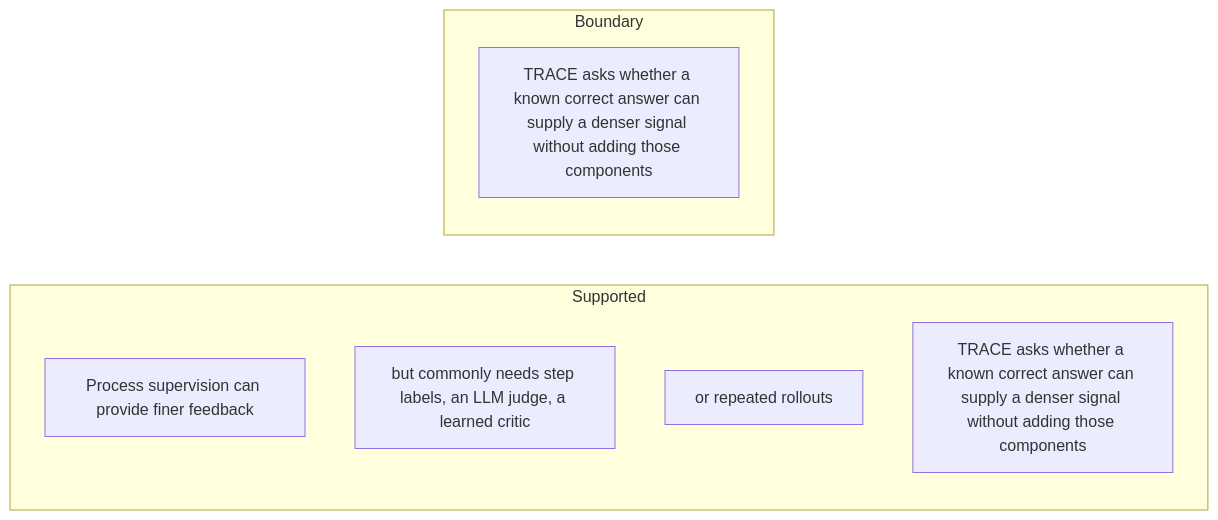
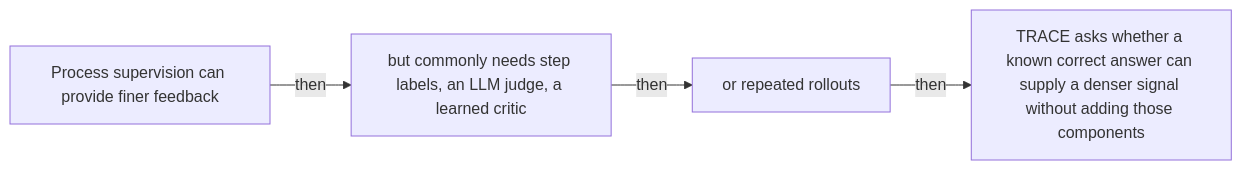
One commit to Betancourt1/paper_atlas changed the sixth of 48 diagrams in docs/visual-manifests/VISUAL_MANIFEST_TRACE.md. Above: the diagram before and after it, drawn with Mermaid. The commit also changed other lines of this file and 7 other files, not shown here.

````diff
--- a/docs/visual-manifests/VISUAL_MANIFEST_TRACE.md
+++ b/docs/visual-manifests/VISUAL_MANIFEST_TRACE.md
@@ -454,12 +437,10 @@
 ```mermaid
 flowchart LR
-  subgraph Supported
-    a1["Process supervision can provide finer feedback"]
-    a2["but commonly needs step labels, an LLM judge, a learned critic"]
-    a3["or repeated rollouts"]
-    a4["TRACE asks whether a known correct answer can supply a denser signal without adding those components"]
-  end
-  subgraph Boundary
-    b1["TRACE asks whether a known correct answer can supply a denser signal without adding those components"]
-  end
+  n1["Process supervision can provide finer feedback"]
+  n2["but commonly needs step labels, an LLM judge, a learned critic"]
+  n3["or repeated rollouts"]
+  n4["TRACE asks whether a known correct answer can supply a denser signal without adding those components"]
+  n1 -->|"then"| n2
+  n2 -->|"then"| n3
+  n3 -->|"then"| n4
 ```
````
